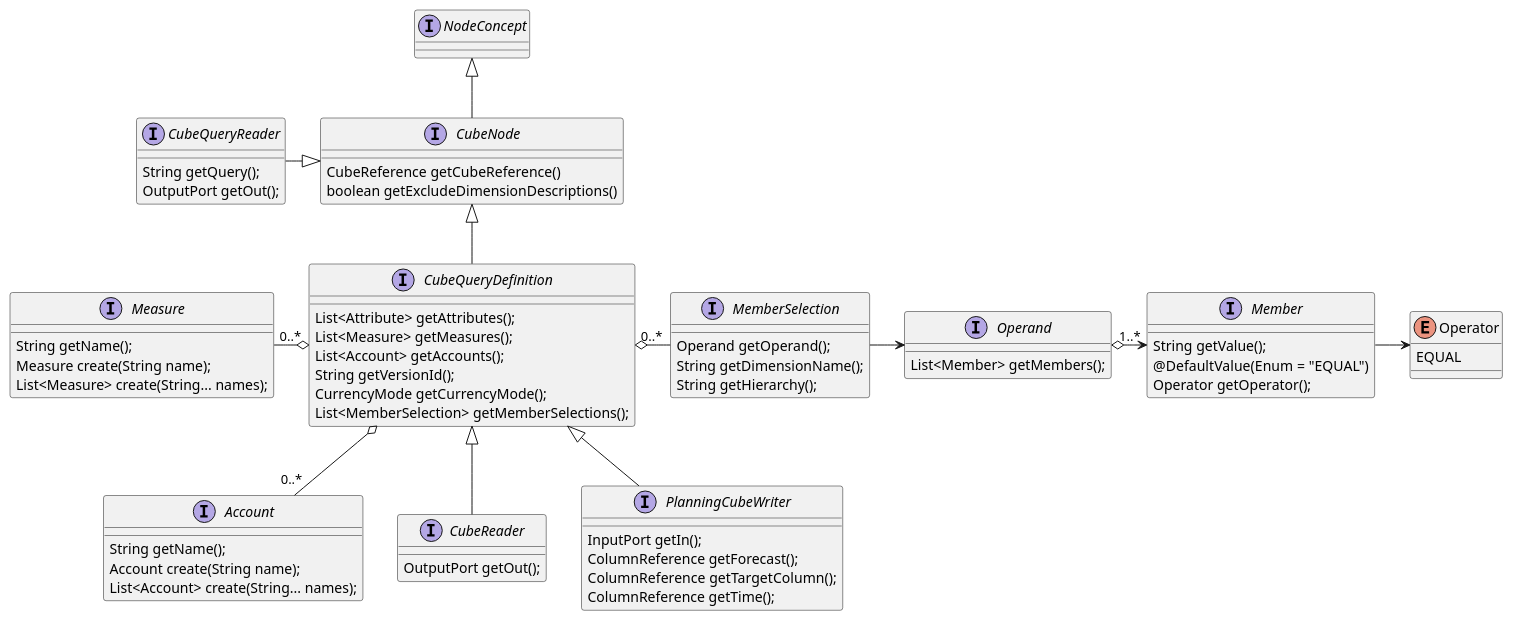
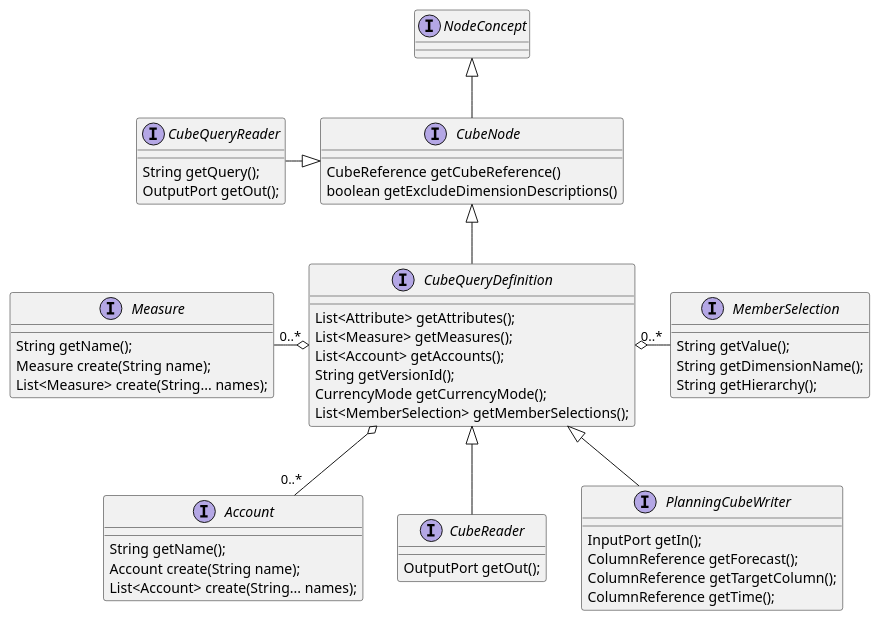
One commit to loutfinadir/uml changed the diagram in pipeline-v3.wsd. Above: the diagram before and after it, drawn with PlantUML. The commit also changed 1 other file, not shown here.

Commit message:
update memberSelection

```diff
--- a/pipeline-v3.wsd
+++ b/pipeline-v3.wsd
@@ -1,80 +1,62 @@
 @startuml
 
 interface NodeConcept
 
 interface CubeNode extends NodeConcept {
     CubeReference getCubeReference()
     boolean getExcludeDimensionDescriptions()
 }
 
 interface Account {
     String getName();
     Account create(String name);
     List<Account> create(String... names);
 }
 
 interface Measure {
     String getName();
     Measure create(String name);
     List<Measure> create(String... names);
 }
 
 interface CubeQueryDefinition extends CubeNode {
     List<Attribute> getAttributes();
     List<Measure> getMeasures();
     List<Account> getAccounts();
     String getVersionId();
     CurrencyMode getCurrencyMode();
     List<MemberSelection> getMemberSelections();
 }
 
 
 interface CubeReader extends CubeQueryDefinition {
     OutputPort getOut();
 }
 
 interface PlanningCubeWriter extends CubeQueryDefinition {
 
     InputPort getIn();
     ColumnReference getForecast();
     ColumnReference getTargetColumn();
     ColumnReference getTime();
 }
 
 interface CubeQueryReader{
     String getQuery();
    OutputPort getOut();
 }
 
-enum Operator {
-	EQUAL
-}
-
-interface Member {
-	String getValue();
-    @DefaultValue(Enum = "EQUAL")
-	Operator getOperator();
-}
-
-interface Operand {
-	
-	List<Member> getMembers();
-}
-
 interface MemberSelection {
 
-	Operand getOperand();
+	String getValue();
 	
 	String getDimensionName();
 	String getHierarchy();
 }
 
-MemberSelection -> Operand
-Member -> Operator
-Operand o-> "1..*" Member
 CubeQueryDefinition o-left- "0..*" Measure
 CubeQueryDefinition o-down- "0..*" Account
 CubeQueryDefinition o-right- "0..*" MemberSelection
 
 CubeQueryReader -|> CubeNode
 @enduml
```
